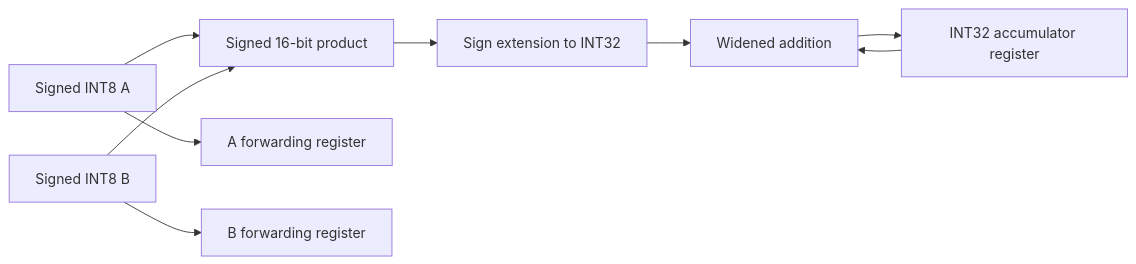
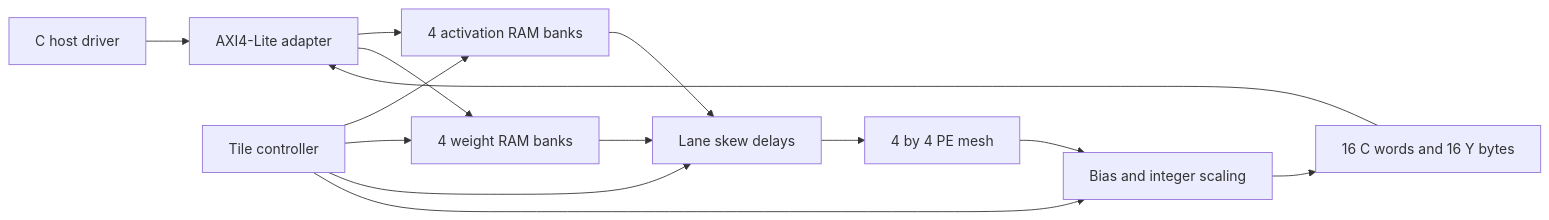
Before and after one commit to shmoos/npu-1: the diagram in docs/architecture.md, drawn with Mermaid. The commit also changed other lines of this file and 23 other files, not shown here.

Commit message:
docs: ship learning roadmap, reproducible CI and pinned AWS F2 preparation

````diff
--- a/docs/architecture.md
+++ b/docs/architecture.md
@@ -7,11 +9,16 @@
 ```mermaid
 flowchart LR
-    A[Signed INT8 A] --> M[Signed 16-bit product]
-    B[Signed INT8 B] --> M
-    M --> E[Sign extension to INT32]
-    E --> ADD[Widened addition]
-    ACC[INT32 accumulator register] --> ADD
-    ADD --> ACC
-    A --> AR[A forwarding register]
-    B --> BR[B forwarding register]
+  H[C host driver] --> AX[AXI4-Lite adapter]
+  AX --> A[4 activation RAM banks]
+  AX --> B[4 weight RAM banks]
+  A --> S[Lane skew delays]
+  B --> S
+  S --> P[4 by 4 PE mesh]
+  P --> Q[Bias and integer scaling]
+  Q --> R[16 C words and 16 Y bytes]
+  R --> AX
+  CT[Tile controller] --> A
+  CT --> B
+  CT --> S
+  CT --> Q
 ```
````
